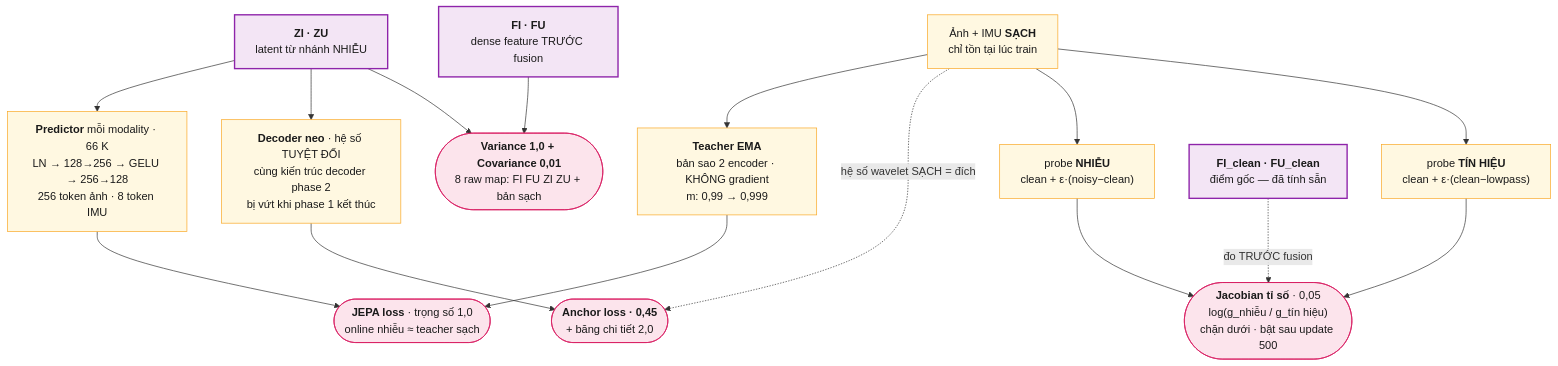
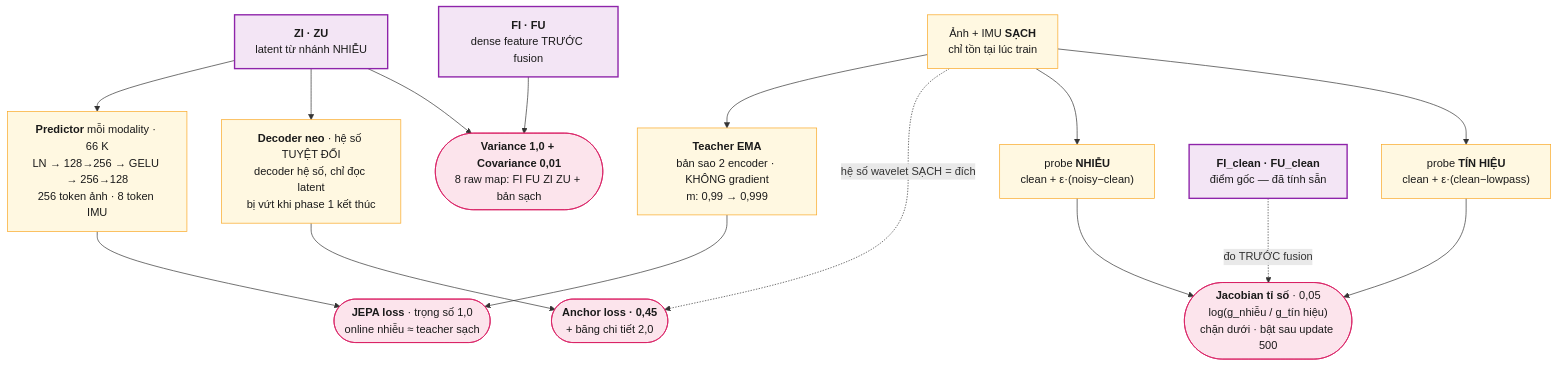
The third of 4 diagrams in README.md (leesanghyoek/qwt_jepa_ver3), drawn with Mermaid before and after one commit. The commit also changed other lines of this file and 1 other file, not shown here.

First line of the commit message:
Bring the architecture docs up to date with the ResNet phase 2

````diff
--- a/README.md
+++ b/README.md
@@ -235,32 +237,32 @@
 ```mermaid
 flowchart TB
     Z["<b>ZI · ZU</b><br/>latent từ nhánh NHIỄU"]
     F["<b>FI · FU</b><br/>dense feature TRƯỚC fusion"]
     CLEAN["Ảnh + IMU <b>SẠCH</b><br/>chỉ tồn tại lúc train"]
     TE["<b>Teacher EMA</b><br/>bản sao 2 encoder · KHÔNG gradient<br/>m: 0,99 → 0,999"]
     PR["<b>Predictor</b> mỗi modality · 66 K<br/>LN → 128→256 → GELU → 256→128<br/>256 token ảnh · 8 token IMU"]
-    AN["<b>Decoder neo</b> · hệ số TUYỆT ĐỐI<br/>cùng kiến trúc decoder phase 2<br/>bị vứt khi phase 1 kết thúc"]
+    AN["<b>Decoder neo</b> · hệ số TUYỆT ĐỐI<br/>decoder hệ số, chỉ đọc latent<br/>bị vứt khi phase 1 kết thúc"]
     JE(["<b>JEPA loss</b> · trọng số 1,0<br/>online nhiễu ≈ teacher sạch"])
     VC(["<b>Variance 1,0 + Covariance 0,01</b><br/>8 raw map: FI FU ZI ZU + bản sạch"])
     PN["probe <b>NHIỄU</b><br/>clean + ε·(noisy−clean)"]
     PS["probe <b>TÍN HIỆU</b><br/>clean + ε·(clean−lowpass)"]
     FC["<b>FI_clean · FU_clean</b><br/>điểm gốc — đã tính sẵn"]
     JA(["<b>Jacobian tỉ số</b> · 0,05<br/>log(g_nhiễu / g_tín hiệu)<br/>chặn dưới · bật sau update 500"])
     ANL(["<b>Anchor loss · 0,45</b><br/>+ băng chi tiết 2,0"])
     CLEAN --> TE --> JE
     Z --> PR --> JE
     Z --> AN --> ANL
     CLEAN -. "hệ số wavelet SẠCH = đích" .-> ANL
     Z --> VC
     F --> VC
     CLEAN --> PN & PS
     PN --> JA
     PS --> JA
     FC -. "đo TRƯỚC fusion" .-> JA
     classDef lat fill:#f3e5f5,stroke:#8e24aa,stroke-width:2px,color:#1a1a1a
     classDef p1 fill:#fff8e1,stroke:#f9a825,color:#1a1a1a
     classDef loss fill:#fce4ec,stroke:#d81b60,color:#1a1a1a
     class Z,F,FC lat
     class CLEAN,TE,PR,AN,PN,PS p1
     class JE,VC,JA,ANL loss
 ```
````
